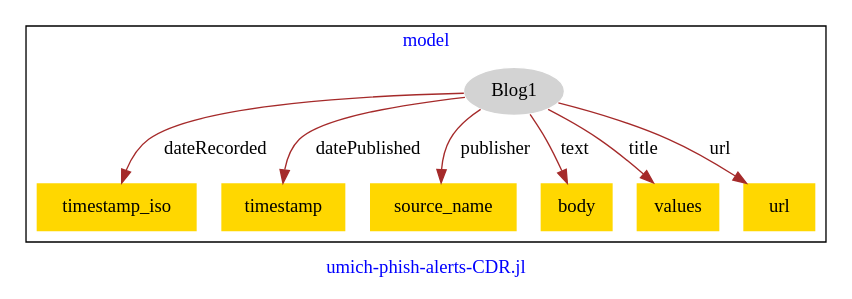
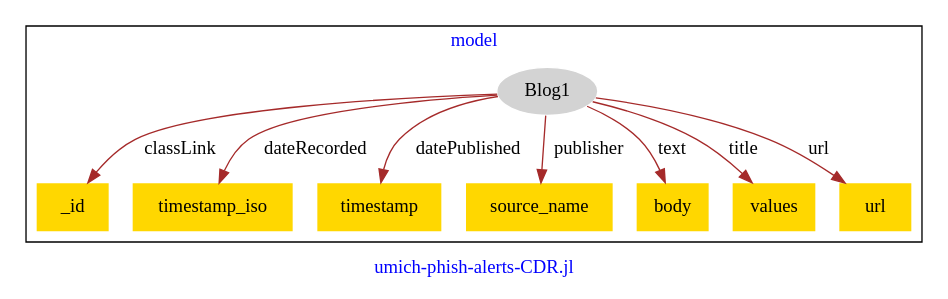
Before and after one commit to usc-isi-i2/effect-alignment: the diagram in models/hg-umich-phish-alerts/umich-phish-alerts-model.dot, drawn with Graphviz.

Commit message:
Update file umich-phish-alerts-model.dot

```diff
--- a/models/hg-umich-phish-alerts/umich-phish-alerts-model.dot
+++ b/models/hg-umich-phish-alerts/umich-phish-alerts-model.dot
@@ -1,21 +1,23 @@
 digraph n0 {
 fontcolor="blue"
 remincross="true"
 label="umich-phish-alerts-CDR.jl"
 subgraph cluster {
 label="model"
 n2[style="filled",color="white",fillcolor="lightgray",label="Blog1"];
-n3[shape="plaintext",style="filled",fillcolor="gold",label="timestamp_iso"];
-n4[shape="plaintext",style="filled",fillcolor="gold",label="timestamp"];
-n5[shape="plaintext",style="filled",fillcolor="gold",label="source_name"];
-n6[shape="plaintext",style="filled",fillcolor="gold",label="body"];
-n7[shape="plaintext",style="filled",fillcolor="gold",label="values"];
-n8[shape="plaintext",style="filled",fillcolor="gold",label="url"];
+n3[shape="plaintext",style="filled",fillcolor="gold",label="_id"];
+n4[shape="plaintext",style="filled",fillcolor="gold",label="timestamp_iso"];
+n5[shape="plaintext",style="filled",fillcolor="gold",label="timestamp"];
+n6[shape="plaintext",style="filled",fillcolor="gold",label="source_name"];
+n7[shape="plaintext",style="filled",fillcolor="gold",label="body"];
+n8[shape="plaintext",style="filled",fillcolor="gold",label="values"];
+n9[shape="plaintext",style="filled",fillcolor="gold",label="url"];
 }
-n2 -> n3[color="brown",fontcolor="black",label="dateRecorded"]
-n2 -> n4[color="brown",fontcolor="black",label="datePublished"]
-n2 -> n5[color="brown",fontcolor="black",label="publisher"]
-n2 -> n6[color="brown",fontcolor="black",label="text"]
-n2 -> n7[color="brown",fontcolor="black",label="title"]
-n2 -> n8[color="brown",fontcolor="black",label="url"]
+n2 -> n3[color="brown",fontcolor="black",label="classLink"]
+n2 -> n4[color="brown",fontcolor="black",label="dateRecorded"]
+n2 -> n5[color="brown",fontcolor="black",label="datePublished"]
+n2 -> n6[color="brown",fontcolor="black",label="publisher"]
+n2 -> n7[color="brown",fontcolor="black",label="text"]
+n2 -> n8[color="brown",fontcolor="black",label="title"]
+n2 -> n9[color="brown",fontcolor="black",label="url"]
 }
```
